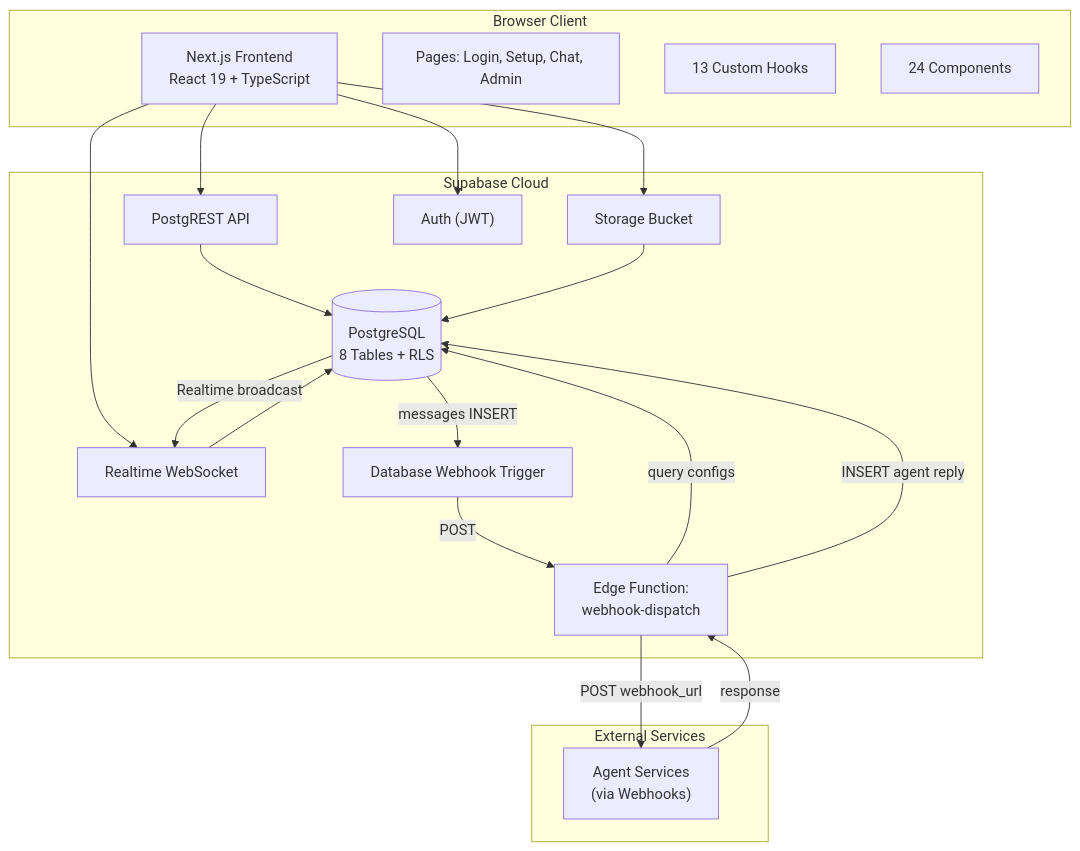
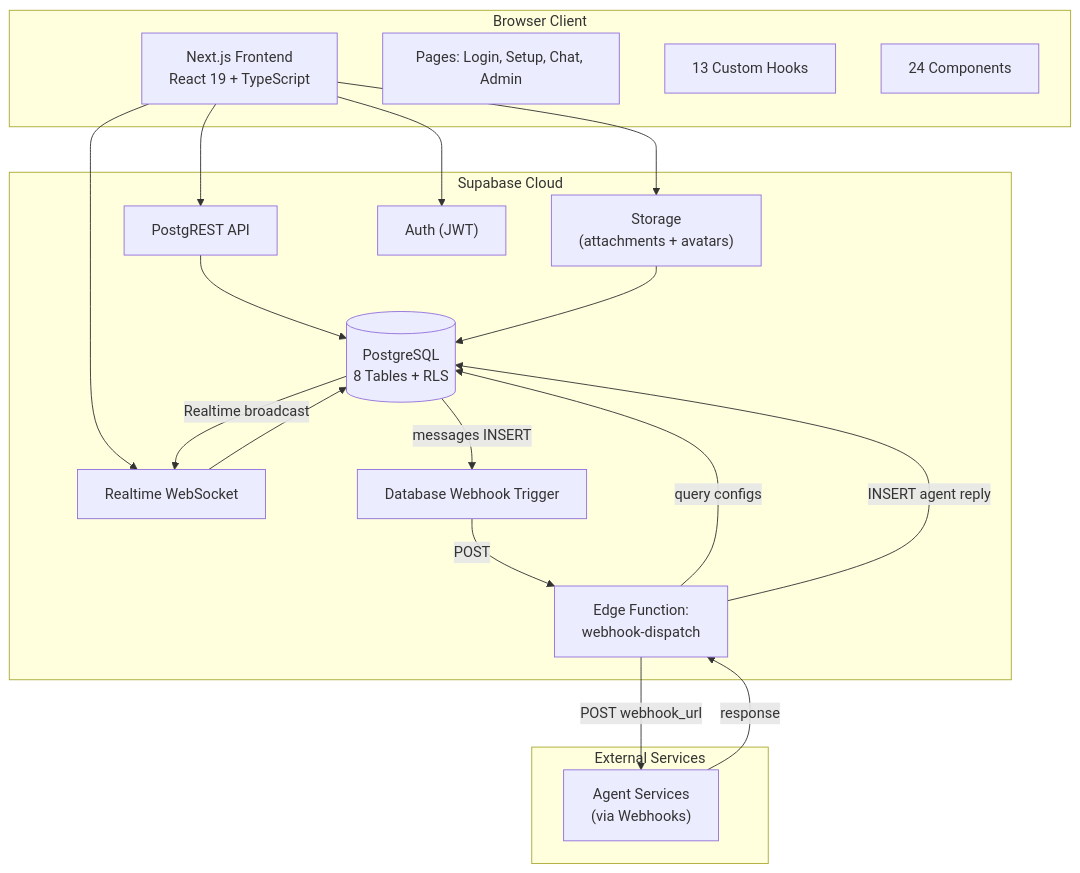
The first of 12 diagrams in docs/system-architecture.md (phucsystem/agent-playground), drawn with Mermaid before and after one commit. The commit also changed other lines of this file and 19 other files, not shown here.

````diff
--- a/docs/system-architecture.md
+++ b/docs/system-architecture.md
@@ -13,40 +13,40 @@
 ```mermaid
 graph TB
     subgraph Client["Browser Client"]
         NextJS["Next.js Frontend<br/>React 19 + TypeScript"]
         Pages["Pages: Login, Setup, Chat, Admin"]
         Hooks["13 Custom Hooks"]
         Components["24 Components"]
     end
 
     subgraph Supabase["Supabase Cloud"]
         PostgREST["PostgREST API"]
         RealtimeWS["Realtime WebSocket"]
         PostgreSQL[("PostgreSQL<br/>8 Tables + RLS")]
-        Storage["Storage Bucket"]
+        Storage["Storage<br/>(attachments + avatars)"]
         Auth["Auth (JWT)"]
         DBWebhook["Database Webhook Trigger"]
         EdgeFn["Edge Function:<br/>webhook-dispatch"]
     end
 
     subgraph External["External Services"]
         AgentSvc["Agent Services<br/>(via Webhooks)"]
     end
 
     NextJS --> PostgREST
     NextJS --> RealtimeWS
     NextJS --> Storage
     NextJS --> Auth
 
     PostgREST --> PostgreSQL
     RealtimeWS --> PostgreSQL
     Storage --> PostgreSQL
 
     PostgreSQL -->|"messages INSERT"| DBWebhook
     DBWebhook -->|POST| EdgeFn
     EdgeFn -->|"query configs"| PostgreSQL
     EdgeFn -->|"POST webhook_url"| AgentSvc
     AgentSvc -->|response| EdgeFn
     EdgeFn -->|"INSERT agent reply"| PostgreSQL
     PostgreSQL -->|Realtime broadcast| RealtimeWS
 ```
````
